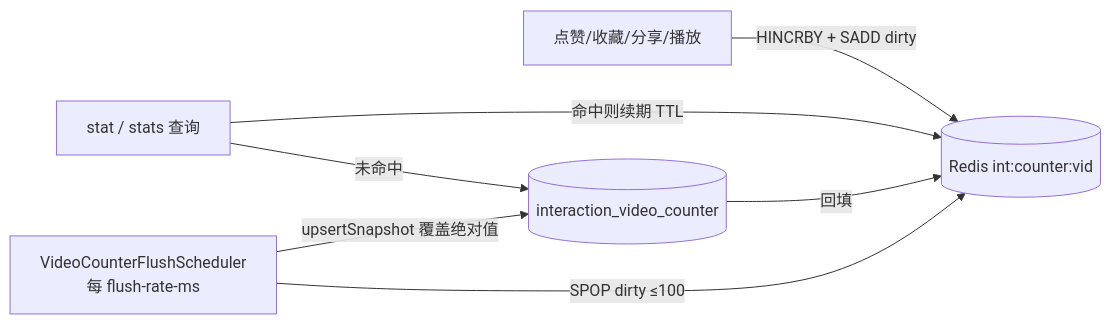
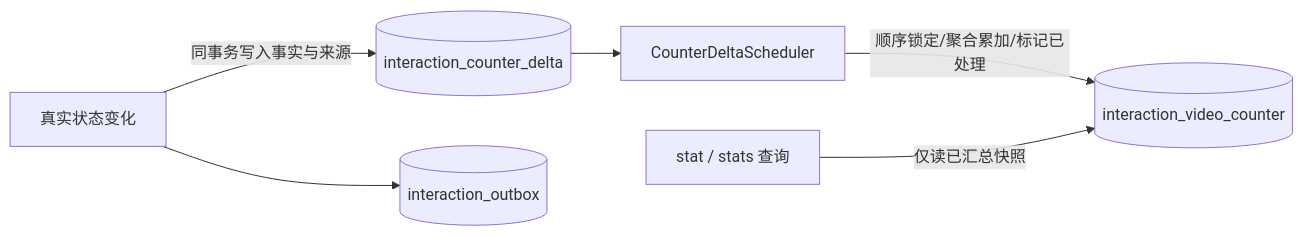
Before and after one commit to fank-c/media-platform-rebuild: the second of 2 diagrams in docs/modules/interaction.md, drawn with Mermaid. The commit also changed other lines of this file and 55 other files, not shown here.

````diff
--- a/docs/modules/interaction.md
+++ b/docs/modules/interaction.md
@@ -136,9 +219,8 @@
 ```mermaid
 flowchart LR
-    W[点赞/收藏/分享/播放] -->|HINCRBY + SADD dirty| R[(Redis int:counter:vid)]
-    Q[stat / stats 查询] -->|命中则续期 TTL| R
-    Q -->|未命中| DB[(interaction_video_counter)]
-    DB -->|回填| R
-    S[VideoCounterFlushScheduler<br/>每 flush-rate-ms] -->|SPOP dirty ≤100| R
-    S -->|upsertSnapshot 覆盖绝对值| DB
+    W[真实状态变化] -->|同事务写入事实与来源| D[(interaction_counter_delta)]
+    W --> O[(interaction_outbox)]
+    S[CounterDeltaScheduler] -->|顺序锁定/聚合累加/标记已处理| DB[(interaction_video_counter)]
+    D --> S
+    Q[stat / stats 查询] -->|仅读已汇总快照| DB
 ```
````
